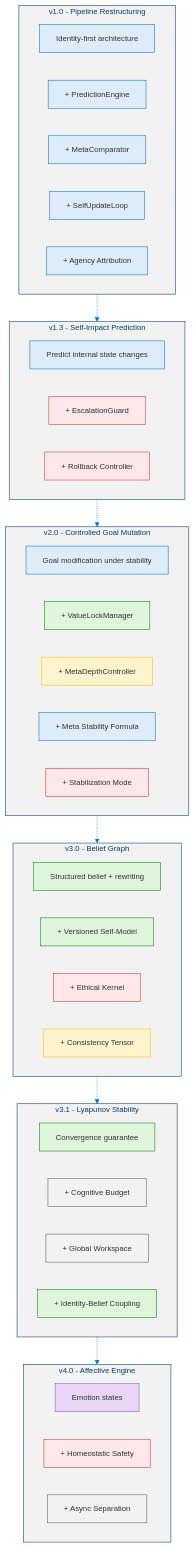
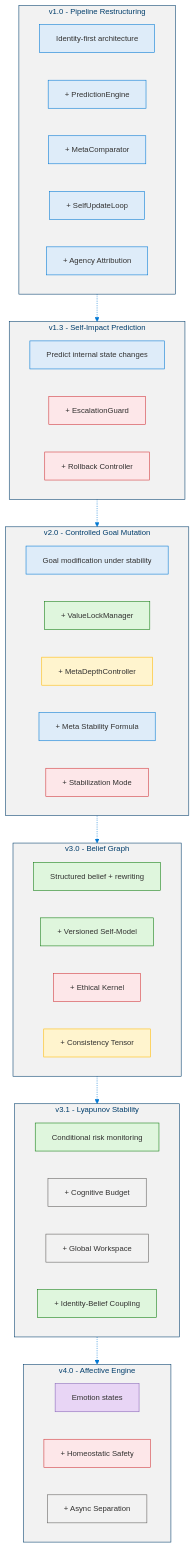
One commit to dotnetpower/mscp changed the first of 5 diagrams in docs/MSCP_Overview.md. Above: the diagram before and after it, drawn with Mermaid. The commit also changed other lines of this file and 33 other files, not shown here.

````diff
--- a/docs/MSCP_Overview.md
+++ b/docs/MSCP_Overview.md
@@ -210,61 +210,61 @@
 ```mermaid
 %%{init: {'theme': 'base', 'themeVariables': {'primaryColor': '#0078D4', 'primaryTextColor': '#003D6B', 'primaryBorderColor': '#003D6B', 'secondaryColor': '#50E6FF', 'secondaryTextColor': '#323130', 'secondaryBorderColor': '#00BCF2', 'tertiaryColor': '#F2F2F2', 'tertiaryTextColor': '#323130', 'lineColor': '#0078D4', 'textColor': '#323130', 'mainBkg': '#DEECF9', 'nodeBorder': '#0078D4', 'clusterBkg': '#F2F2F2', 'clusterBorder': '#003D6B', 'titleColor': '#003D6B', 'edgeLabelBackground': '#FFFFFF', 'fontSize': '14px'}}}%%
 flowchart TD
   classDef ver fill:#DEECF9,stroke:#0078D4,color:#323130
   classDef feat fill:#DEECF9,stroke:#0078D4,color:#323130
   classDef safety fill:#FDE7E9,stroke:#D13438,color:#323130
   classDef green fill:#DFF6DD,stroke:#107C10,color:#323130
   classDef meta fill:#FFF4CE,stroke:#FFB900,color:#323130
   classDef infra fill:#F2F2F2,stroke:#605E5C,color:#323130
   classDef purple fill:#E8D5F5,stroke:#8764B8,color:#323130
 
   subgraph V10["v1.0 - Pipeline Restructuring"]
     direction LR
     V10H["Identity-first architecture"]:::feat
     V10A["+ PredictionEngine"]:::feat
     V10B["+ MetaComparator"]:::feat
     V10C["+ SelfUpdateLoop"]:::feat
     V10D["+ Agency Attribution"]:::feat
   end
 
   subgraph V13["v1.3 - Self-Impact Prediction"]
     direction LR
     V13H["Predict internal state changes"]:::feat
     V13A["+ EscalationGuard"]:::safety
     V13B["+ Rollback Controller"]:::safety
   end
 
   subgraph V20["v2.0 - Controlled Goal Mutation"]
     direction LR
     V20H["Goal modification under stability"]:::feat
     V20A["+ ValueLockManager"]:::green
     V20B["+ MetaDepthController"]:::meta
     V20C["+ Meta Stability Formula"]:::feat
     V20D["+ Stabilization Mode"]:::safety
   end
 
   subgraph V30["v3.0 - Belief Graph"]
     direction LR
     V30H["Structured belief + rewriting"]:::green
     V30A["+ Versioned Self-Model"]:::green
     V30B["+ Ethical Kernel"]:::safety
     V30C["+ Consistency Tensor"]:::meta
   end
 
   subgraph V31["v3.1 - Lyapunov Stability"]
     direction LR
-    V31H["Convergence guarantee"]:::green
+    V31H["Conditional risk monitoring"]:::green
     V31A["+ Cognitive Budget"]:::infra
     V31B["+ Global Workspace"]:::infra
     V31C["+ Identity-Belief Coupling"]:::green
   end
 
   subgraph V40["v4.0 - Affective Engine"]
     direction LR
     V40H["Emotion states"]:::purple
     V40A["+ Homeostatic Safety"]:::safety
     V40B["+ Async Separation"]:::infra
   end
 
   V10 -.-> V13 -.-> V20 -.-> V30 -.-> V31 -.-> V40
 ```
````
